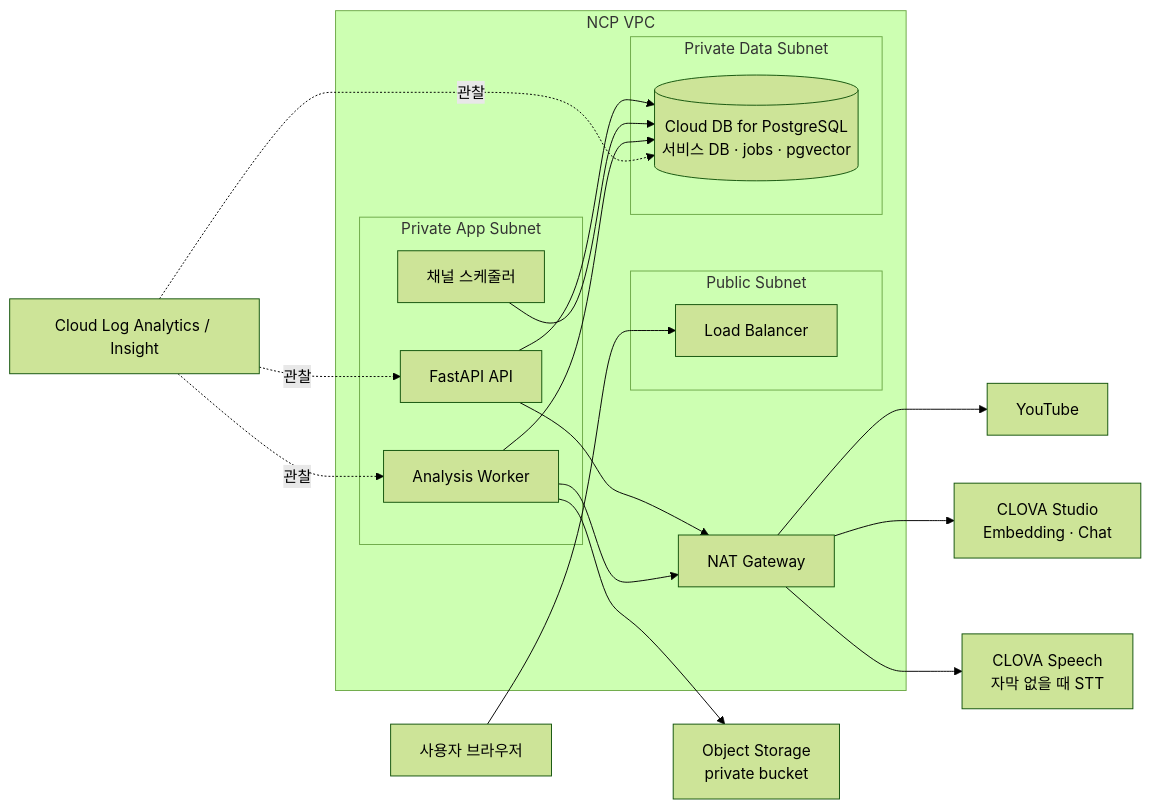
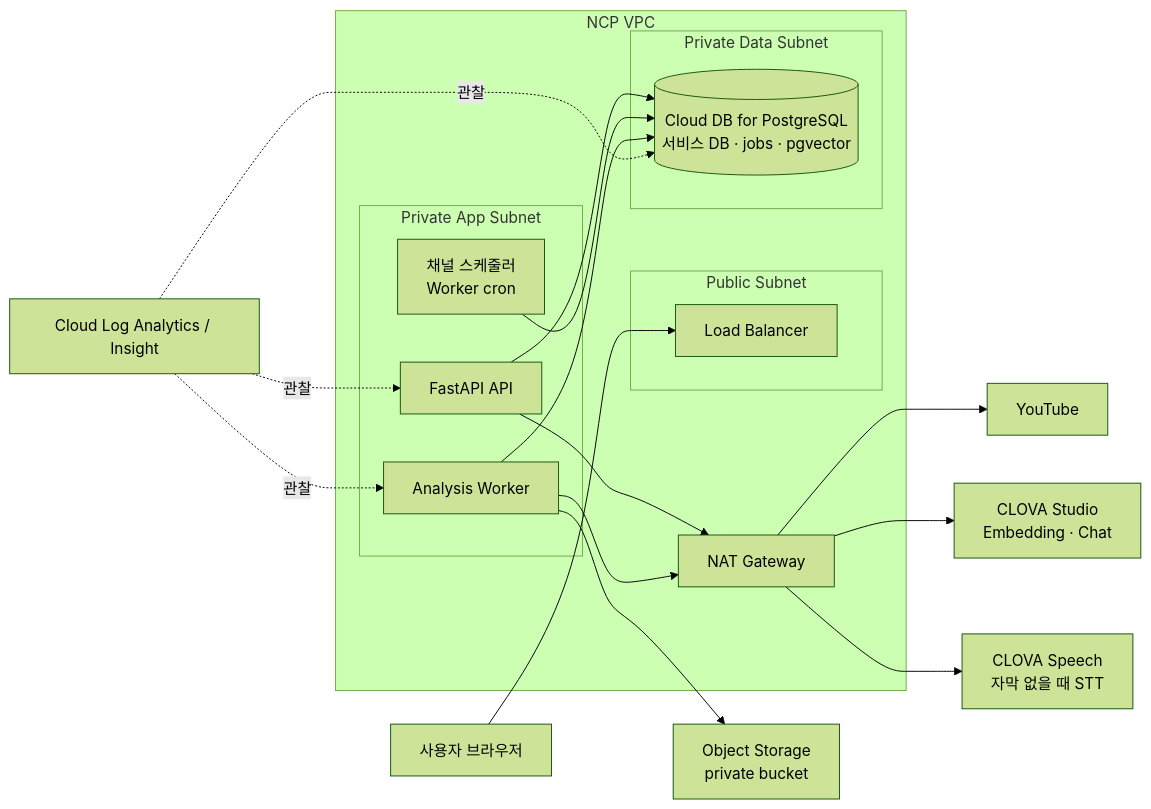
The first of 5 diagrams in docs/infra.md (ncp-ai-pro/video-rag-mvp), drawn with Mermaid (forest theme) before and after one commit. The commit also changed other lines of this file and 1 other file, not shown here.

```diff
--- a/docs/infra.md
+++ b/docs/infra.md
@@ -31,30 +31,30 @@
 ~~~mermaid
 flowchart LR
     U[사용자 브라우저] --> LB[Load Balancer]
     subgraph VPC[NCP VPC]
       subgraph Public[Public Subnet]
         LB
       end
       subgraph App[Private App Subnet]
         API[FastAPI API]
         W[Analysis Worker]
-        SCH[채널 스케줄러]
+        SCH[채널 스케줄러<br/>Worker cron]
       end
       subgraph Data[Private Data Subnet]
         DB[(Cloud DB for PostgreSQL<br/>서비스 DB · jobs · pgvector)]
       end
       NAT[NAT Gateway]
       API --> DB
       API --> NAT
       SCH --> DB
       W --> DB
       W --> NAT
     end
     NAT --> YT[YouTube]
     NAT --> STUDIO[CLOVA Studio<br/>Embedding · Chat]
     NAT --> SPEECH[CLOVA Speech<br/>자막 없을 때 STT]
     W --> OS[Object Storage<br/>private bucket]
     LOG[Cloud Log Analytics / Insight] -. 관찰 .-> API
     LOG -. 관찰 .-> W
     LOG -. 관찰 .-> DB
 ~~~
```
